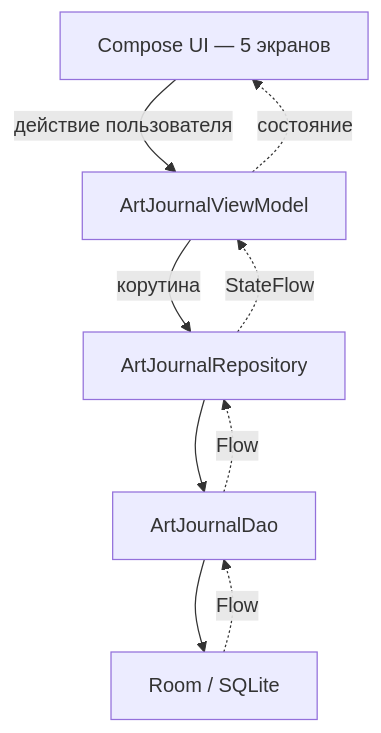
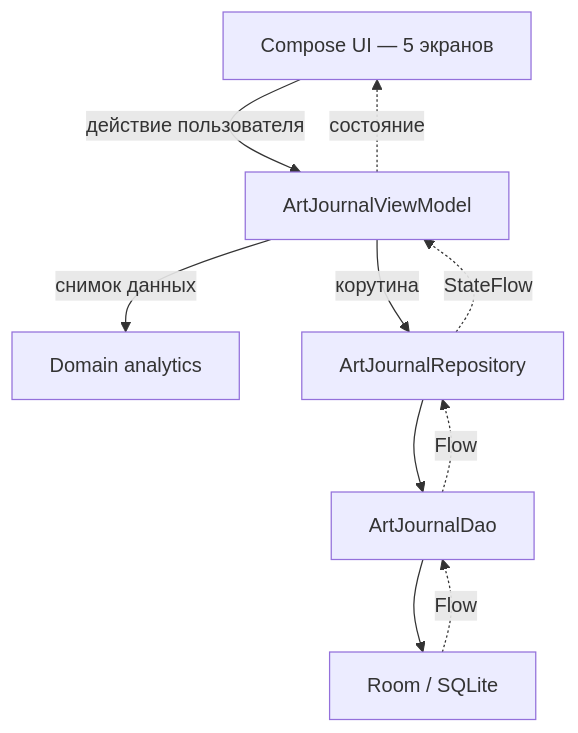
One commit to ajuia-m/artjournal changed the diagram in README.md. Above: the diagram before and after it, drawn with Mermaid. The commit also changed other lines of this file and 11 other files, not shown here.

Commit message:
refactor: extract analytics domain logic

````diff
--- a/README.md
+++ b/README.md
@@ -35,11 +35,12 @@
 ```mermaid
 flowchart TD
     UI["Compose UI — 5 экранов"] -->|действие пользователя| VM["ArtJournalViewModel"]
+    VM -->|снимок данных| Analytics["Domain analytics"]
     VM -->|корутина| Repository["ArtJournalRepository"]
     Repository --> DAO["ArtJournalDao"]
     DAO --> DB["Room / SQLite"]
     DB -. Flow .-> DAO
     DAO -. Flow .-> Repository
     Repository -. StateFlow .-> VM
     VM -. состояние .-> UI
 ```
````
